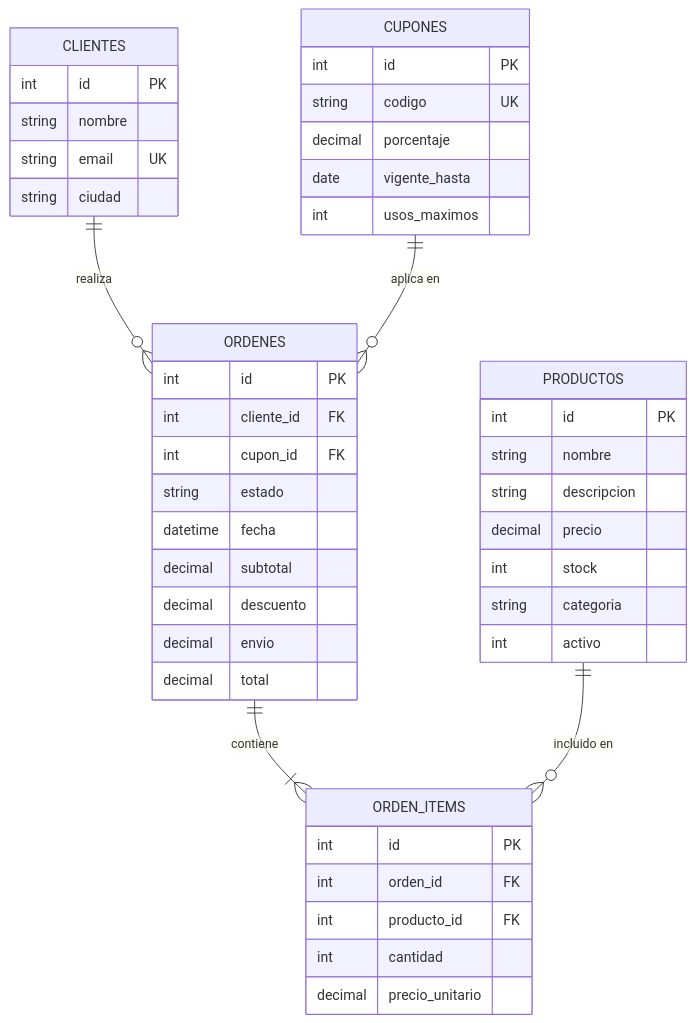
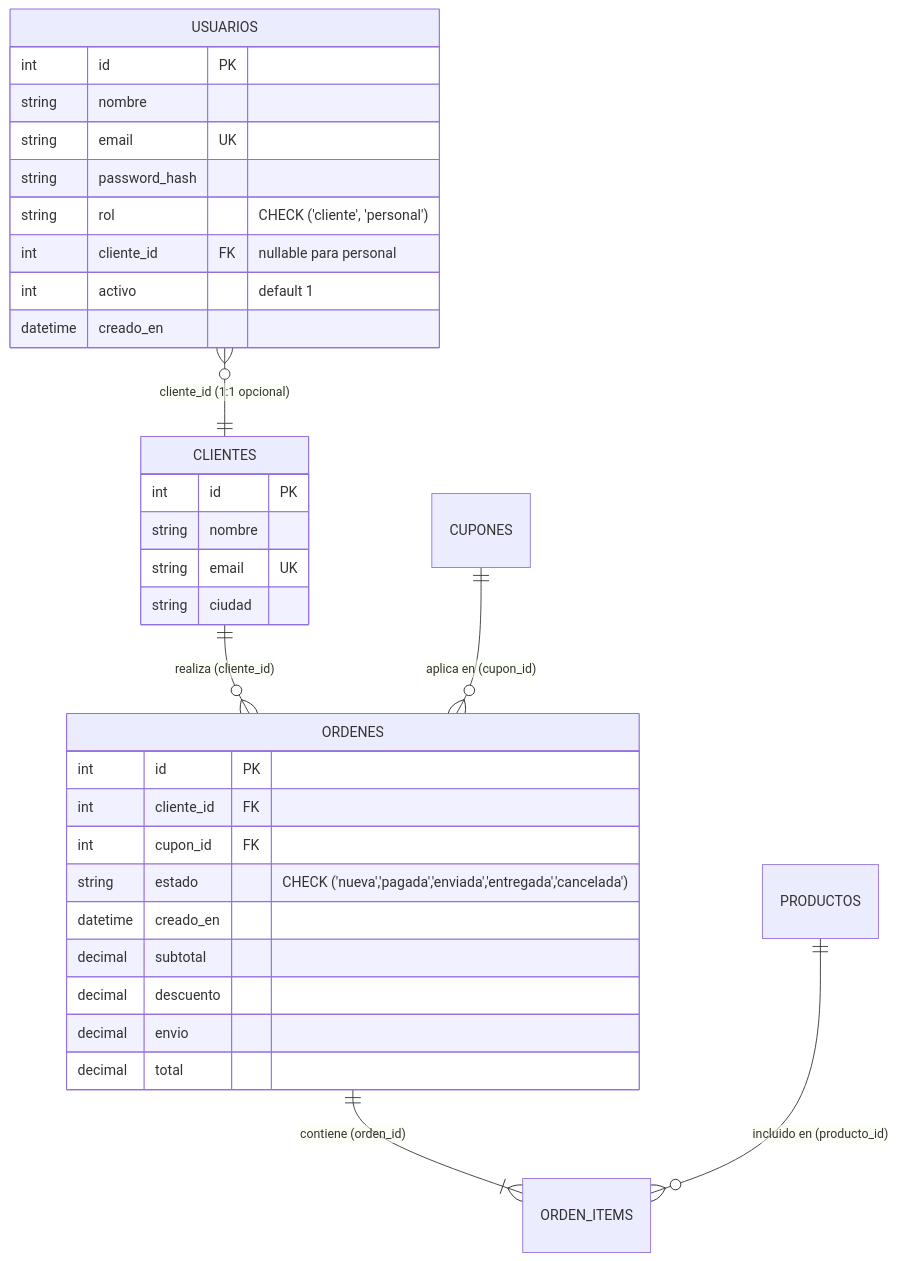
Before and after one commit to biancarobleshurtado27/Tienda-online-con-inventario-cupones-y-env-os: the diagram in README.md, drawn with Mermaid. The commit also changed other lines of this file and 31 other files, not shown here.

Commit message:
Implementar autenticacion real con roles cliente y personal, cookies httpOnly y aislamiento de ordenes

````diff
--- a/README.md
+++ b/README.md
@@ -98,52 +27,38 @@
 ```mermaid
 erDiagram
-    CLIENTES ||--o{ ORDENES : "realiza"
-    CUPONES ||--o{ ORDENES : "aplica en"
-    ORDENES ||--|{ ORDEN_ITEMS : "contiene"
-    PRODUCTOS ||--o{ ORDEN_ITEMS : "incluido en"
+    USUARIOS }o--|| CLIENTES : "cliente_id (1:1 opcional)"
+    CLIENTES ||--o{ ORDENES : "realiza (cliente_id)"
+    CUPONES ||--o{ ORDENES : "aplica en (cupon_id)"
+    ORDENES ||--|{ ORDEN_ITEMS : "contiene (orden_id)"
+    PRODUCTOS ||--o{ ORDEN_ITEMS : "incluido en (producto_id)"
+
+    USUARIOS {
+        int id PK
+        string nombre
+        string email UK
+        string password_hash
+        string rol "CHECK ('cliente', 'personal')"
+        int cliente_id FK "nullable para personal"
+        int activo "default 1"
+        datetime creado_en
+    }
 
     CLIENTES {
         int id PK
         string nombre
         string email UK
         string ciudad
     }
 
-    PRODUCTOS {
-        int id PK
-        string nombre
-        string descripcion
-        decimal precio
-        int stock
-        string categoria
-        int activo
-    }
-
-    CUPONES {
-        int id PK
-        string codigo UK
-        decimal porcentaje
-        date vigente_hasta
-        int usos_maximos
-    }
-
     ORDENES {
         int id PK
         int cliente_id FK
         int cupon_id FK
-        string estado
-        datetime fecha
+        string estado "CHECK ('nueva','pagada','enviada','entregada','cancelada')"
+        datetime creado_en
         decimal subtotal
         decimal descuento
         decimal envio
         decimal total
     }
-
-    ORDEN_ITEMS {
-        int id PK
-        int orden_id FK
-        int producto_id FK
-        int cantidad
-        decimal precio_unitario
-    }
 ```
````
